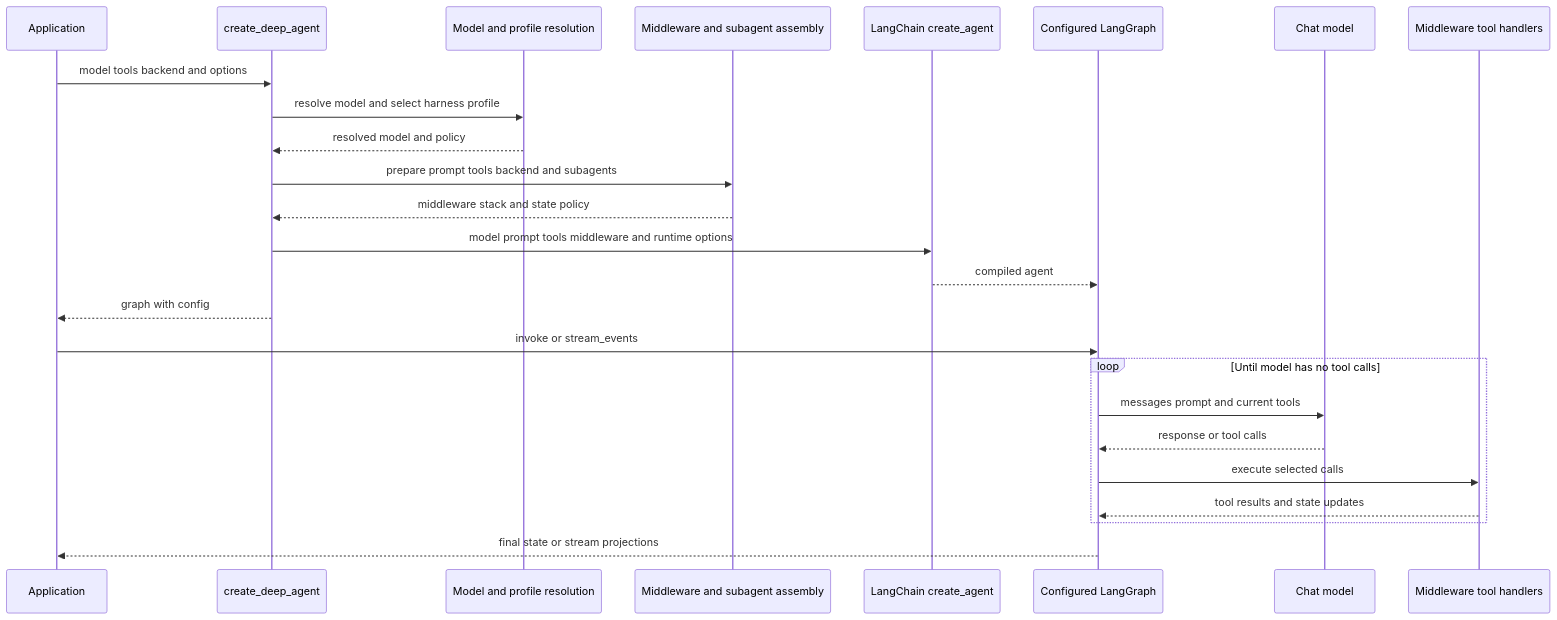
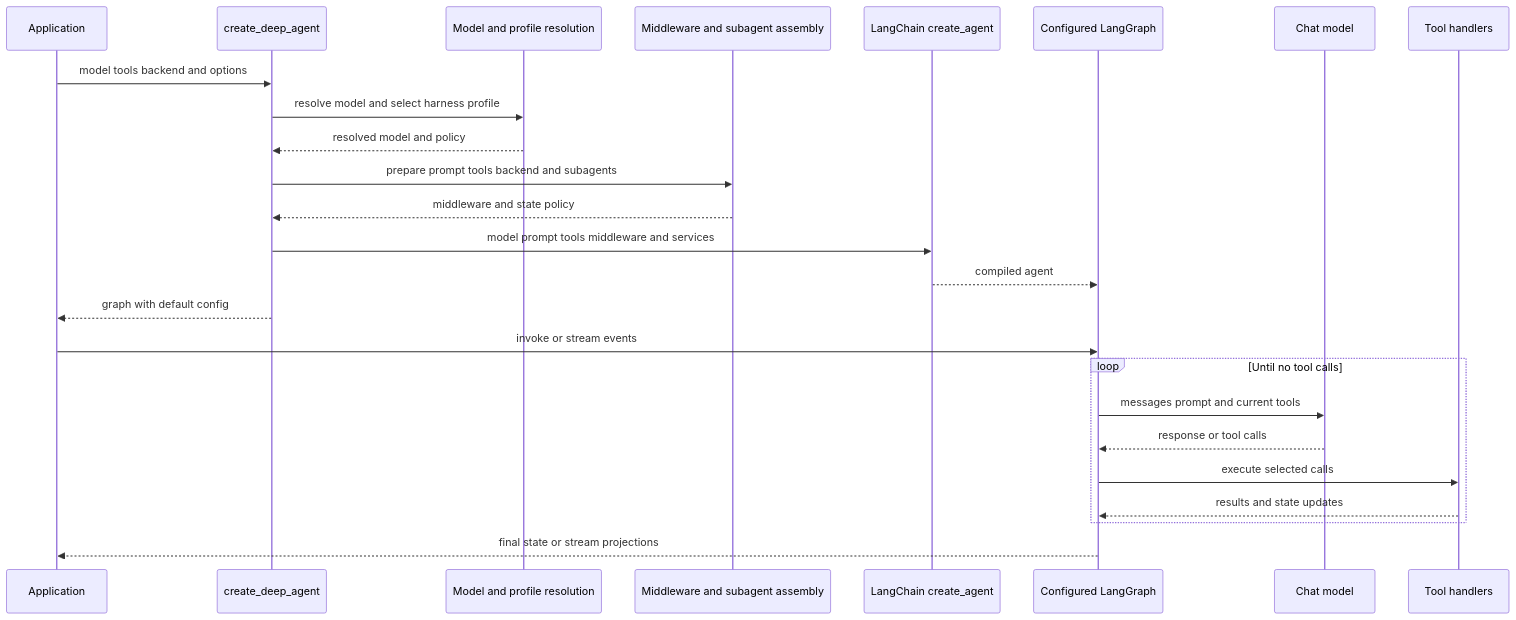
One commit to langchain-ai/deepagents changed the diagram in openwiki/architecture/sdk-construction-execution.md. Above: the diagram before and after it, drawn with Mermaid. The commit also changed other lines of this file and 63 other files, not shown here.

````diff
--- a/openwiki/architecture/sdk-construction-execution.md
+++ b/openwiki/architecture/sdk-construction-execution.md
@@ -43,28 +43,28 @@
 ```mermaid
 sequenceDiagram
     participant App as Application
     participant Builder as create_deep_agent
-    participant Profiles as Model and profile resolution
+    participant Policy as Model and profile resolution
     participant Stack as Middleware and subagent assembly
     participant LC as LangChain create_agent
     participant Graph as Configured LangGraph
     participant Model as Chat model
-    participant Tools as Middleware tool handlers
+    participant Tools as Tool handlers
 
     App->>Builder: model tools backend and options
-    Builder->>Profiles: resolve model and select harness profile
-    Profiles-->>Builder: resolved model and policy
+    Builder->>Policy: resolve model and select harness profile
+    Policy-->>Builder: resolved model and policy
     Builder->>Stack: prepare prompt tools backend and subagents
-    Stack-->>Builder: middleware stack and state policy
-    Builder->>LC: model prompt tools middleware and runtime options
+    Stack-->>Builder: middleware and state policy
+    Builder->>LC: model prompt tools middleware and services
     LC-->>Graph: compiled agent
-    Builder-->>App: graph with config
-    App->>Graph: invoke or stream_events
-    loop Until model has no tool calls
+    Builder-->>App: graph with default config
+    App->>Graph: invoke or stream events
+    loop Until no tool calls
         Graph->>Model: messages prompt and current tools
         Model-->>Graph: response or tool calls
         Graph->>Tools: execute selected calls
-        Tools-->>Graph: tool results and state updates
+        Tools-->>Graph: results and state updates
     end
     Graph-->>App: final state or stream projections
 ```
````
